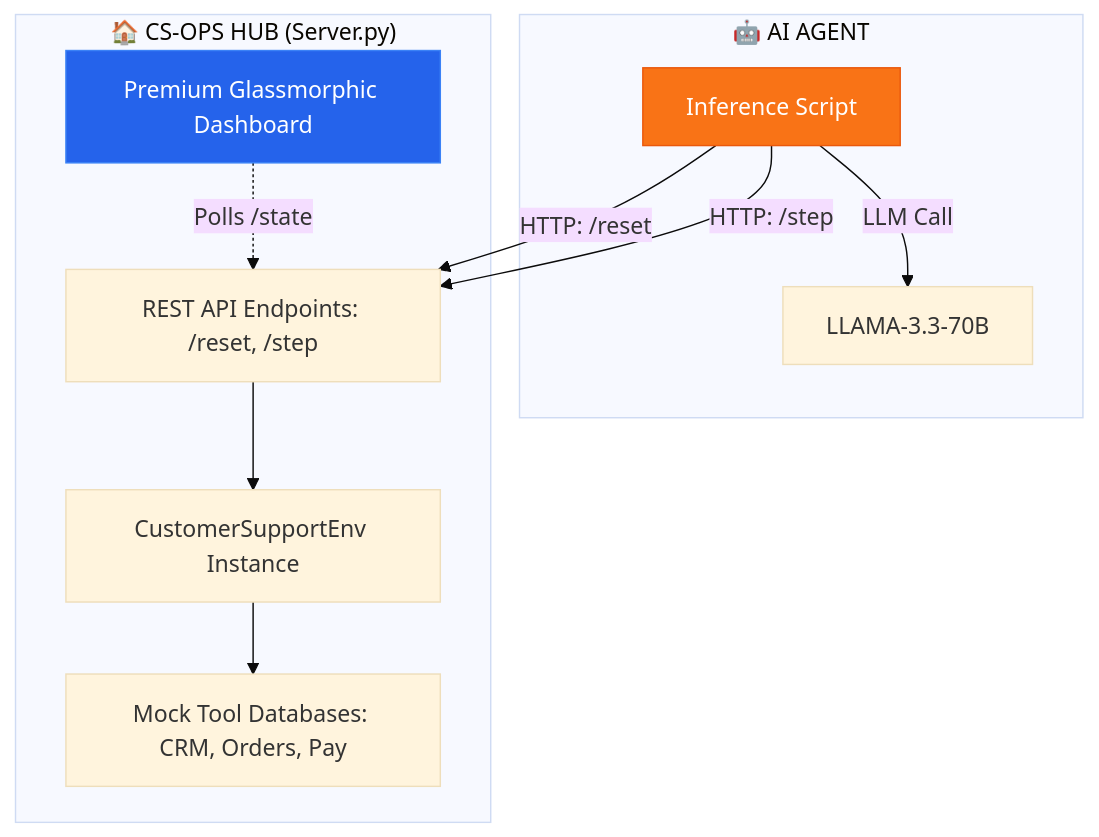
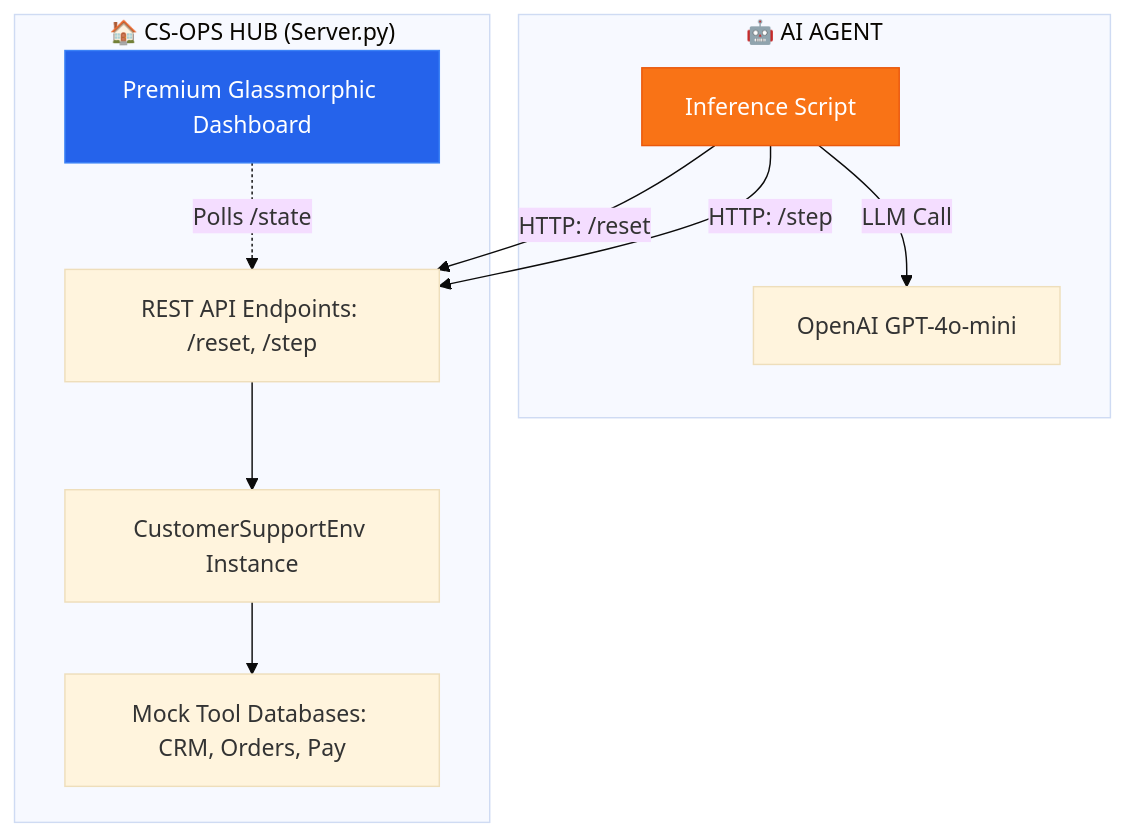
One commit to prithvi438/rl_environment_hackathon changed the diagram in README.md. Above: the diagram before and after it, drawn with Mermaid (base theme). The commit also changed other lines of this file and 3 other files, not shown here.

First line of the commit message:
feat: unify all LLM calls to use OpenAI via HF_TOKEN/API_BASE_URL/MODEL_NAME

````diff
--- a/README.md
+++ b/README.md
@@ -26,22 +26,22 @@
 ```mermaid
 graph TD
     subgraph "🤖 AI AGENT"
-        IA[Inference Script] --> |LLM Call| LLM[LLAMA-3.3-70B]
+        IA[Inference Script] -->|LLM Call| LLM[OpenAI GPT-4o-mini]
     end
 
     subgraph "🏠 CS-OPS HUB (Server.py)"
         EP[REST API Endpoints: /reset, /step]
         ENV[CustomerSupportEnv Instance]
         DB[Mock Tool Databases: CRM, Orders, Pay]
         UI[Premium Glassmorphic Dashboard]
     end
 
     IA --> |HTTP: /reset| EP
     IA --> |HTTP: /step| EP
     EP --> ENV
     ENV --> DB
     UI -.-> |Polls /state| EP
     
     style UI fill:#2563eb,stroke:#3b82f6,color:#fff
     style IA fill:#f97316,stroke:#ea580c,color:#fff
 ```
````
